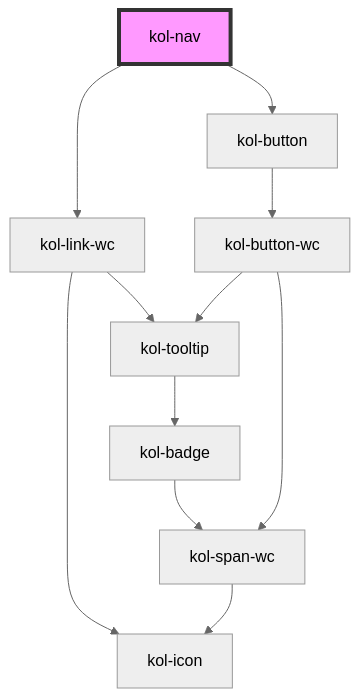
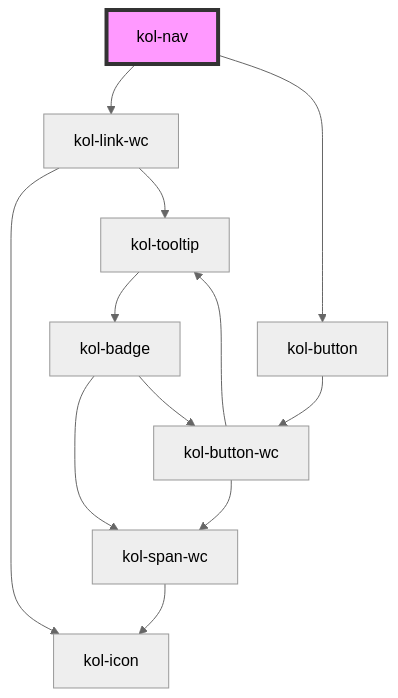
Before and after one commit to public-ui/kolibri: the diagram in packages/library/src/components/nav/readme.md, drawn with Mermaid (neutral theme). The commit also changed 33 other files, not shown here.

````diff
--- a/packages/library/src/components/nav/readme.md
+++ b/packages/library/src/components/nav/readme.md
@@ -136,14 +136,15 @@
 ```mermaid
 graph TD;
   kol-nav --> kol-link-wc
   kol-nav --> kol-button
   kol-link-wc --> kol-icon
   kol-link-wc --> kol-tooltip
   kol-tooltip --> kol-badge
   kol-badge --> kol-span-wc
+  kol-badge --> kol-button-wc
   kol-span-wc --> kol-icon
-  kol-button --> kol-button-wc
   kol-button-wc --> kol-span-wc
   kol-button-wc --> kol-tooltip
+  kol-button --> kol-button-wc
   style kol-nav fill:#f9f,stroke:#333,stroke-width:4px
 ```
````
